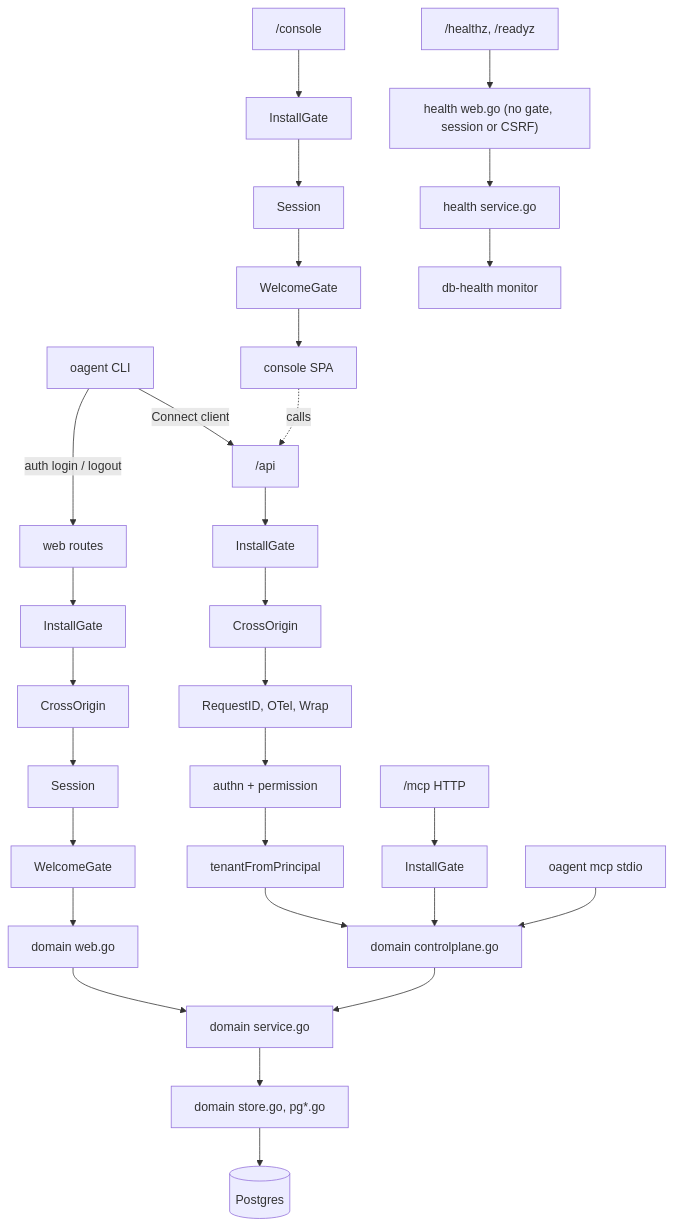
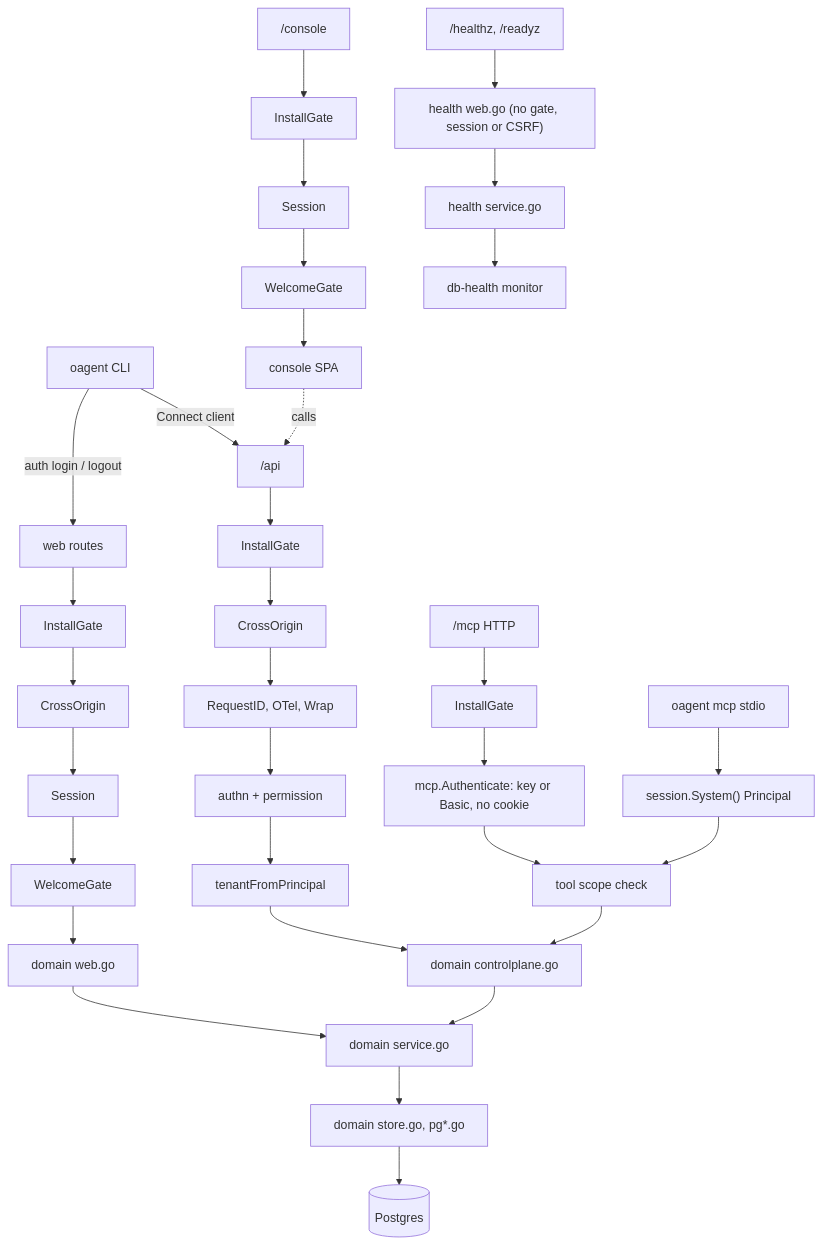
Before and after one commit to altalune-id/oagent: the second of 3 diagrams in internal/boot/README.md, drawn with Mermaid. The commit also changed other lines of this file and 23 other files, not shown here.

Commit message:
feat(mcp): auth_whoami tool and scopes from the principal

````diff
--- a/internal/boot/README.md
+++ b/internal/boot/README.md
@@ -41,16 +41,16 @@
 ```mermaid
 flowchart TD
     CLI["oagent CLI"] -- Connect client --> API
     CLI -- "auth login / logout" --> WEB
     API["/api"] --> G1[InstallGate] --> C1[CrossOrigin] --> I1["RequestID, OTel, Wrap"] --> I2["authn + permission"] --> I3[tenantFromPrincipal] --> DC
     WEB["web routes"] --> G2[InstallGate] --> C2[CrossOrigin] --> S2[Session] --> W2[WelcomeGate] --> DW
     CON["/console"] --> G3[InstallGate] --> S3[Session] --> W3[WelcomeGate] --> SPA[console SPA]
     SPA -. calls .-> API
-    MCPH["/mcp HTTP"] --> G4[InstallGate] --> DC
-    MCPS["oagent mcp stdio"] --> DC
+    MCPH["/mcp HTTP"] --> G4[InstallGate] --> A4["mcp.Authenticate: key or Basic, no cookie"] --> T4["tool scope check"] --> DC
+    MCPS["oagent mcp stdio"] --> SYS["session.System() Principal"] --> T4
     LB["/healthz, /readyz"] --> HW["health web.go (no gate, session or CSRF)"] --> HS["health service.go"] --> DBH["db-health monitor"]
 
     DC["domain controlplane.go"] --> SVC["domain service.go"]
     DW["domain web.go"] --> SVC
     SVC --> ST["domain store.go, pg*.go"] --> PG[(Postgres)]
 ```
````
